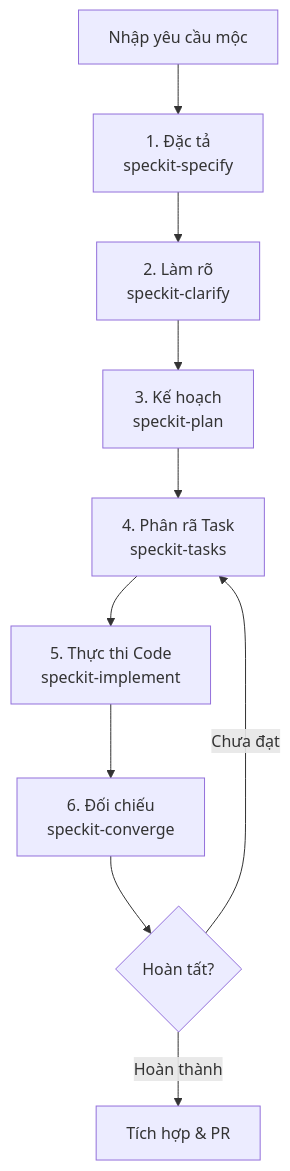
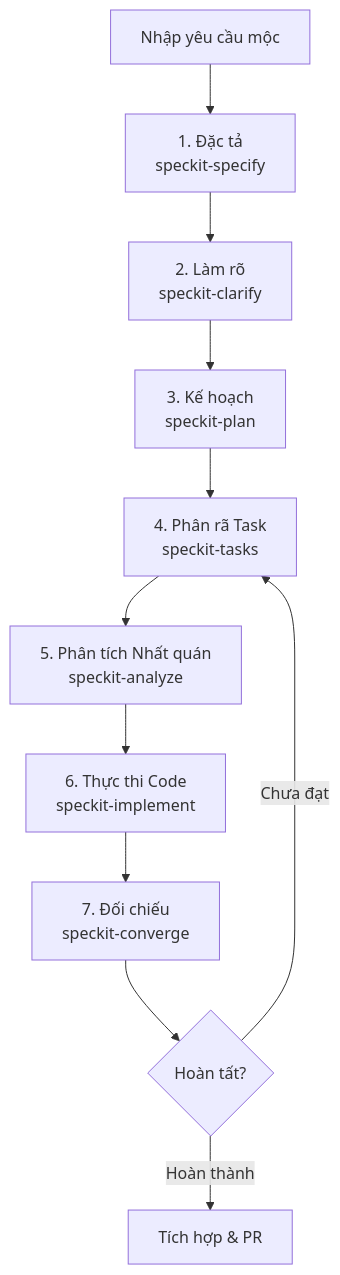
One commit to hycat-team/smart-wardrobe-be changed the diagram in docs/development/agent-workflow.md. Above: the diagram before and after it, drawn with Mermaid. The commit also changed other lines of this file and 3 other files, not shown here.

````diff
--- a/docs/development/agent-workflow.md
+++ b/docs/development/agent-workflow.md
@@ -11,12 +11,13 @@
 ```mermaid
 graph TD
     A[Nhập yêu cầu mộc] --> B[1. Đặc tả<br/>speckit-specify]
     B --> C[2. Làm rõ<br/>speckit-clarify]
     C --> D[3. Kế hoạch<br/>speckit-plan]
     D --> E[4. Phân rã Task<br/>speckit-tasks]
-    E --> F[5. Thực thi Code<br/>speckit-implement]
-    F --> G[6. Đối chiếu<br/>speckit-converge]
-    G --> H{Hoàn tất?}
-    H -- Chưa đạt --> E
-    H -- Hoàn thành --> I[Tích hợp & PR]
+    E --> F[5. Phân tích Nhất quán<br/>speckit-analyze]
+    F --> G[6. Thực thi Code<br/>speckit-implement]
+    G --> H[7. Đối chiếu<br/>speckit-converge]
+    H --> I{Hoàn tất?}
+    I -- Chưa đạt --> E
+    I -- Hoàn thành --> J[Tích hợp & PR]
 ```
````
